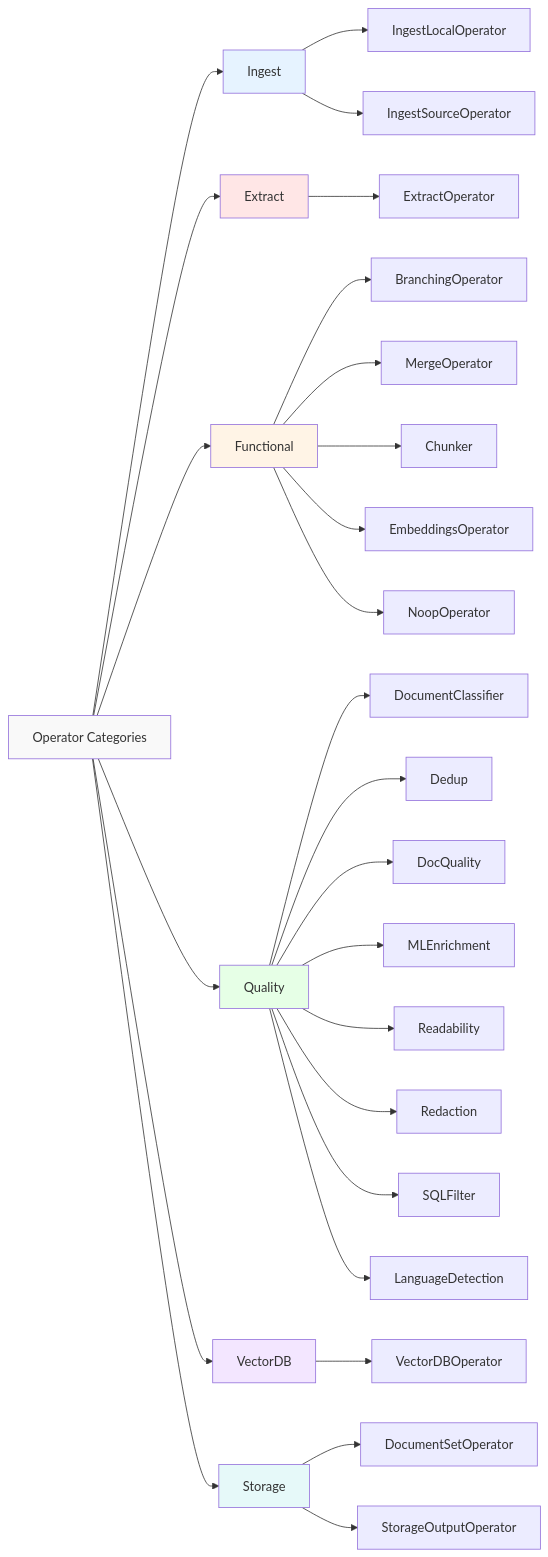
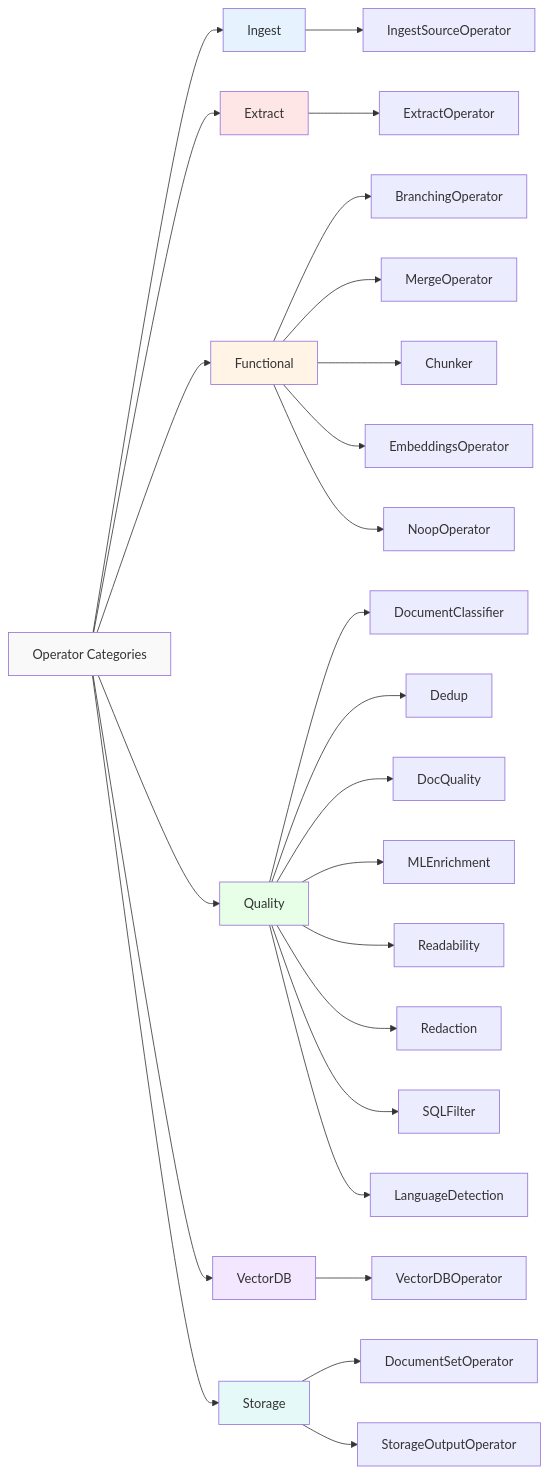
One commit to IBM/docling-pipelines changed the second of 31 diagrams in ARCHITECTURE.md. Above: the diagram before and after it, drawn with Mermaid. The commit also changed other lines of this file and 35 other files, not shown here.

````diff
--- a/ARCHITECTURE.md
+++ b/ARCHITECTURE.md
@@ -298,43 +297,42 @@
 ```mermaid
 graph LR
     OP[Operator Categories]
     OP --> ING[Ingest]
     OP --> EXT[Extract]
     OP --> FUN[Functional]
     OP --> QUA[Quality]
     OP --> VDB[VectorDB]
     OP --> STO[Storage]
 
-    ING --> I1[IngestLocalOperator]
     ING --> I2[IngestSourceOperator]
 
     EXT --> E1[ExtractOperator]
 
     FUN --> F1[BranchingOperator]
     FUN --> F2[MergeOperator]
     FUN --> F3[Chunker]
     FUN --> F4[EmbeddingsOperator]
     FUN --> F5[NoopOperator]
 
     QUA --> Q1[DocumentClassifier]
     QUA --> Q2[Dedup]
     QUA --> Q3[DocQuality]
     QUA --> Q4[MLEnrichment]
     QUA --> Q5[Readability]
     QUA --> Q6[Redaction]
     QUA --> Q7[SQLFilter]
     QUA --> Q8[LanguageDetection]
 
     VDB --> V1[VectorDBOperator]
 
     STO --> S1[DocumentSetOperator]
     STO --> S2[StorageOutputOperator]
 
     style OP fill:#f9f9f9
     style EXT fill:#ffe6e6
     style ING fill:#e6f3ff
     style FUN fill:#fff4e6
     style QUA fill:#e6ffe6
     style VDB fill:#f3e6ff
     style STO fill:#e6f9f9
 ```
````
